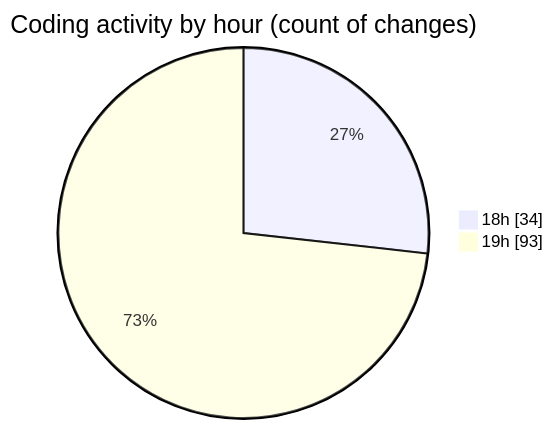
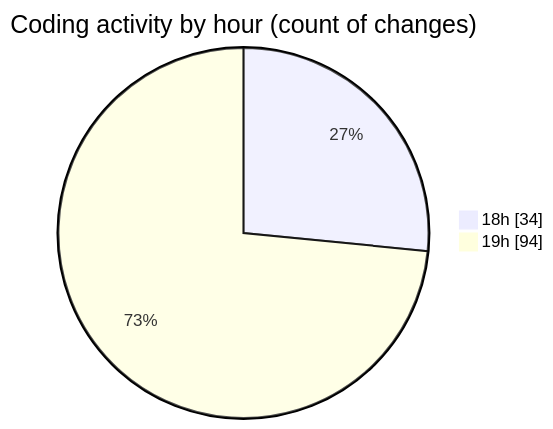
The second of 2 diagrams in 2025-04-06/back-end/README.md (Netris89/code-tracking), drawn with Mermaid before and after one commit. The commit also changed other lines of this file and 1 other file, not shown here.

````diff
--- a/2025-04-06/back-end/README.md
+++ b/2025-04-06/back-end/README.md
@@ -54,6 +54,6 @@
 ```mermaid
 pie showData
 title Coding activity by hour (count of changes)
 "18h" : 34
-"19h" : 93
+"19h" : 94
 ```
````
